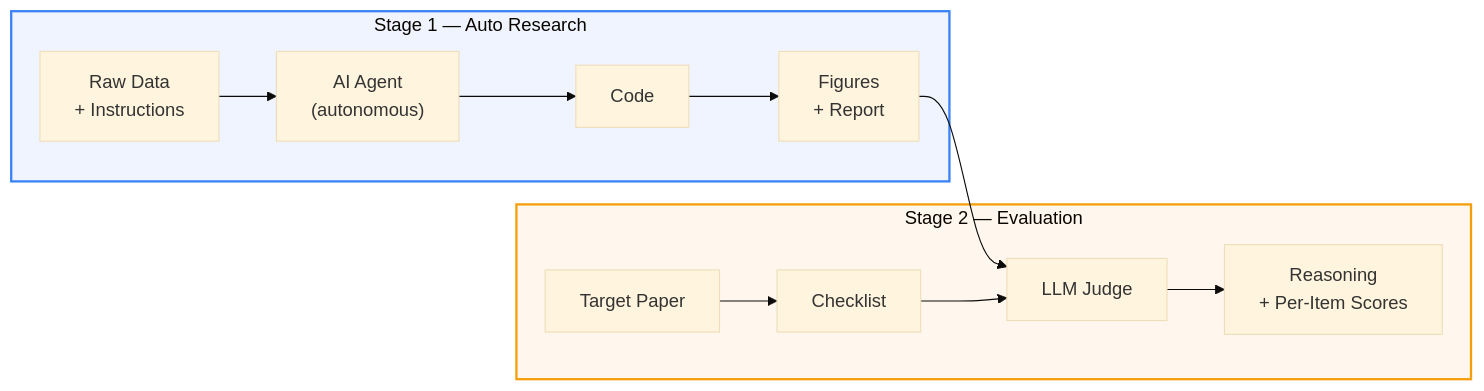
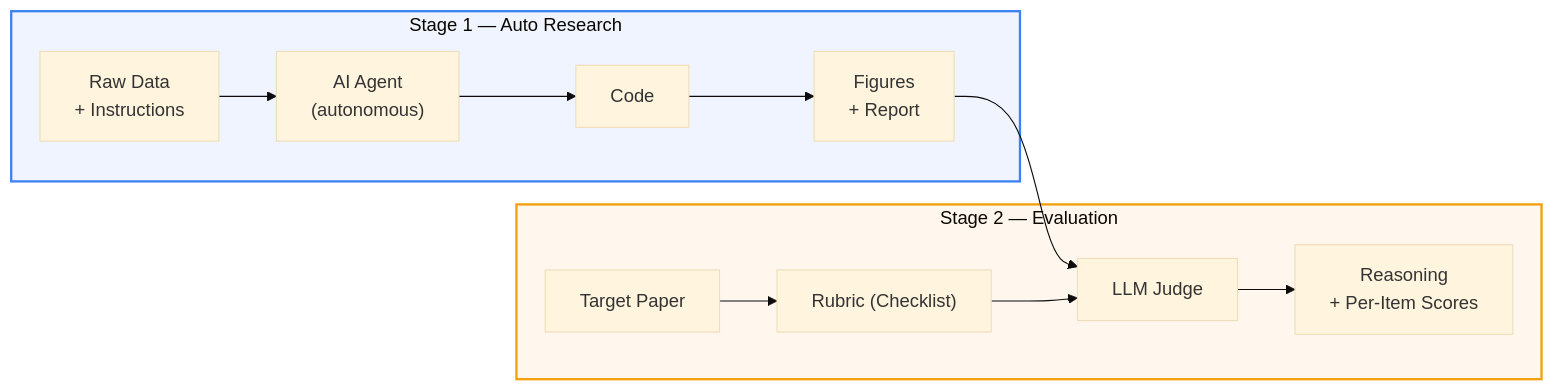
The second of 3 diagrams in README.md (glicerico/ResearchClawBench), drawn with Mermaid (base theme) before and after one commit. The commit also changed other lines of this file and 3 other files, not shown here.

````diff
--- a/README.md
+++ b/README.md
@@ -119,18 +119,18 @@
 ```mermaid
 flowchart LR
     subgraph Stage1["Stage 1 &mdash; Auto Research"]
         A["Raw Data\n+ Instructions"] --> B["AI Agent\n(autonomous)"]
         B --> C["Code"]
         C --> G["Figures\n+ Report"]
     end
 
     subgraph Stage2["Stage 2 &mdash; Evaluation"]
         G --> D["LLM Judge"]
-        E["Target Paper"] --> H["Checklist"]
+        E["Target Paper"] --> H["Rubric (Checklist)"]
         H --> D
         D --> F["Reasoning\n+ Per-Item Scores"]
     end
 
     style Stage1 fill:#f0f4ff,stroke:#3b82f6,stroke-width:2px
     style Stage2 fill:#fff7ed,stroke:#f59e0b,stroke-width:2px
 ```
````
